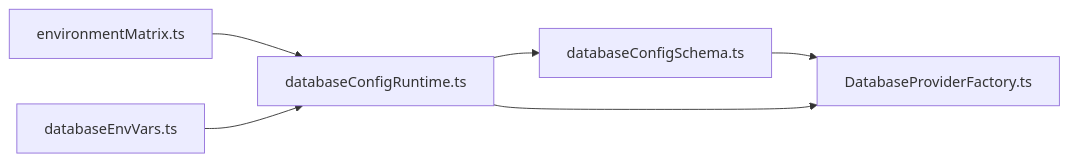
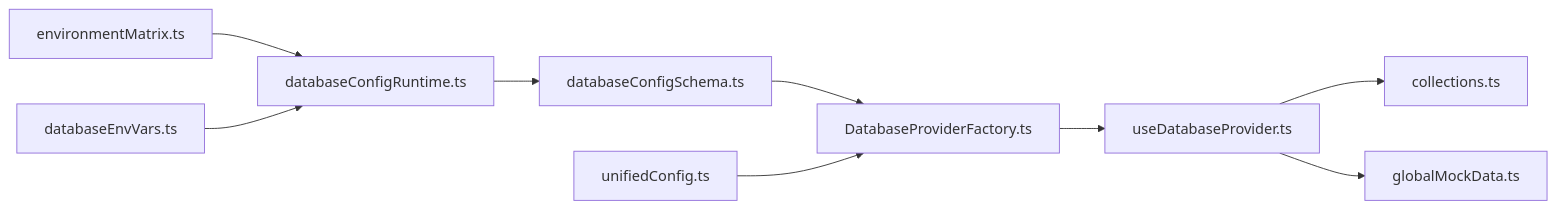
Before and after one commit to geniusdynamics/schoolpilot: the sixth of 6 diagrams in .qoder/repowiki/en/content/Data Layer/Database Providers/Database Providers.md, drawn with Mermaid. The commit also changed other lines of this file and 54 other files, not shown here.

````diff
--- a/.qoder/repowiki/en/content/Data Layer/Database Providers/Database Providers.md
+++ b/.qoder/repowiki/en/content/Data Layer/Database Providers/Database Providers.md
@@ -290,8 +387,11 @@
 ```mermaid
 graph LR
 EM["environmentMatrix.ts"] --> DCR["databaseConfigRuntime.ts"]
 DCR --> DCS["databaseConfigSchema.ts"]
 DCS --> DPFF["DatabaseProviderFactory.ts"]
 DEV["databaseEnvVars.ts"] --> DCR
-DCR --> DPFF
+UC["unifiedConfig.ts"] --> DPFF
+DPFF --> USDP["useDatabaseProvider.ts"]
+USDP --> COL["collections.ts"]
+USDP --> GMD["globalMockData.ts"]
 ```
````
